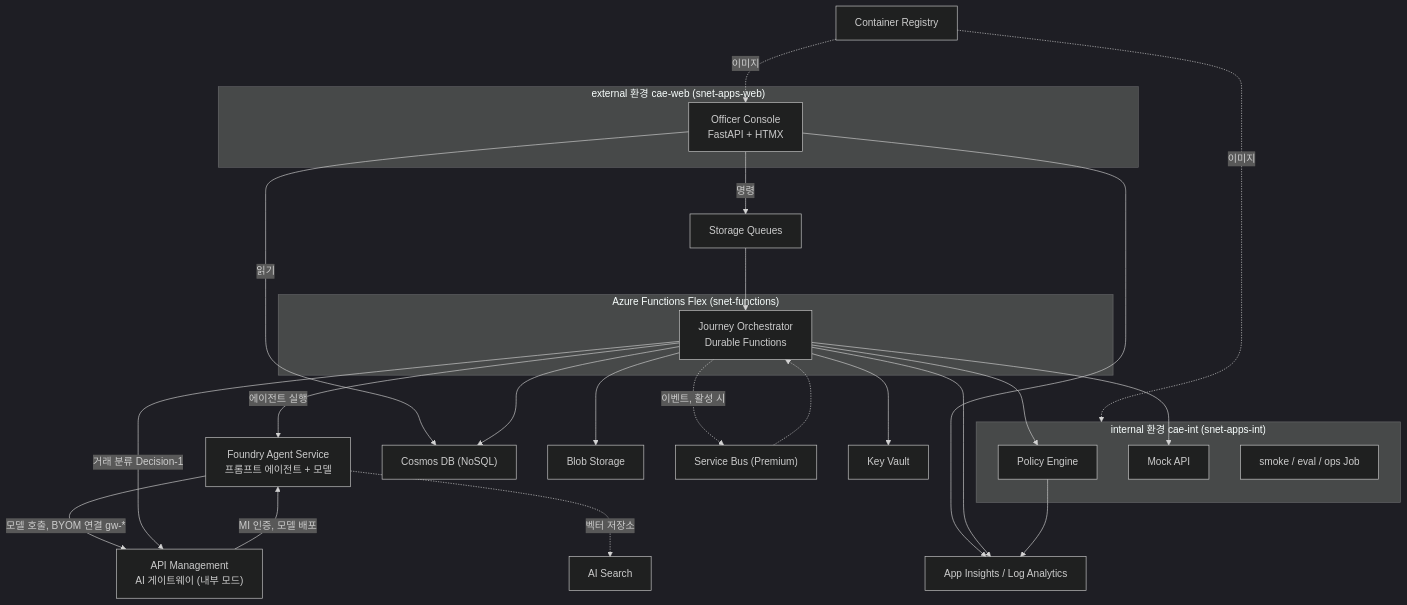
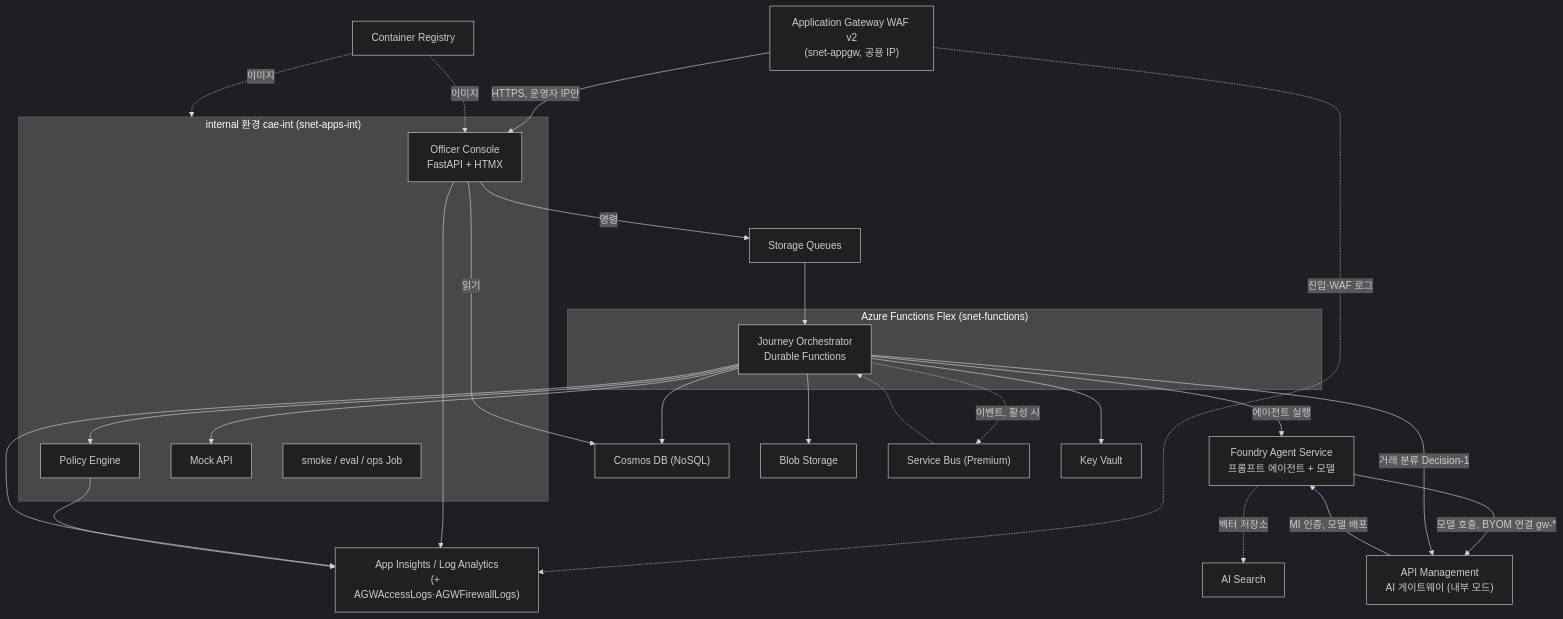
One commit to freeman9844/ms-ama-04 changed the second of 5 diagrams in docs/architecture.md. Above: the diagram before and after it, drawn with Mermaid (dark theme). The commit also changed other lines of this file and 15 other files, not shown here.

First line of the commit message:
docs: ADR-011 App Gateway WAF entry; update architecture, threat model, cost, runbooks

````diff
--- a/docs/architecture.md
+++ b/docs/architecture.md
@@ -39,45 +39,46 @@
 ```mermaid
 flowchart TB
-  subgraph web["external 환경 cae-web (snet-apps-web)"]
-    console["Officer Console<br/>FastAPI + HTMX"]
-  end
+  agw["Application Gateway WAF v2<br/>(snet-appgw, 공용 IP)"]
   subgraph fn["Azure Functions Flex (snet-functions)"]
     orch["Journey Orchestrator<br/>Durable Functions"]
   end
   subgraph int["internal 환경 cae-int (snet-apps-int)"]
+    console["Officer Console<br/>FastAPI + HTMX"]
     policy["Policy Engine"]
     mock["Mock API"]
     smoke["smoke / eval / ops Job"]
   end
   foundry["Foundry Agent Service<br/>프롬프트 에이전트 + 모델"]
   apim["API Management<br/>AI 게이트웨이 (내부 모드)"]
   search["AI Search"]
   acr["Container Registry"]
   cosmos["Cosmos DB (NoSQL)"]
   blob["Blob Storage"]
   queues["Storage Queues"]
   sb["Service Bus (Premium)"]
   kv["Key Vault"]
-  obs["App Insights / Log Analytics"]
+  obs["App Insights / Log Analytics<br/>(+ AGWAccessLogs·AGWFirewallLogs)"]
 
+  agw -->|HTTPS, 운영자 IP만| console
+  agw -.->|진입·WAF 로그| obs
   console -->|읽기| cosmos
   console -->|명령| queues
   queues --> orch
   orch -->|에이전트 실행| foundry
   foundry -->|모델 호출, BYOM 연결 gw-*| apim
   orch -->|거래 분류 Decision-1| apim
   apim -->|MI 인증, 모델 배포| foundry
   foundry -.->|벡터 저장소| search
   orch --> policy
   orch --> mock
   orch --> cosmos
   orch --> blob
   orch -.->|이벤트, 활성 시| sb
   sb -.-> orch
   orch --> kv
   acr -.->|이미지| console
   acr -.->|이미지| int
   console --> obs
   orch --> obs
   policy --> obs
 ```
````
